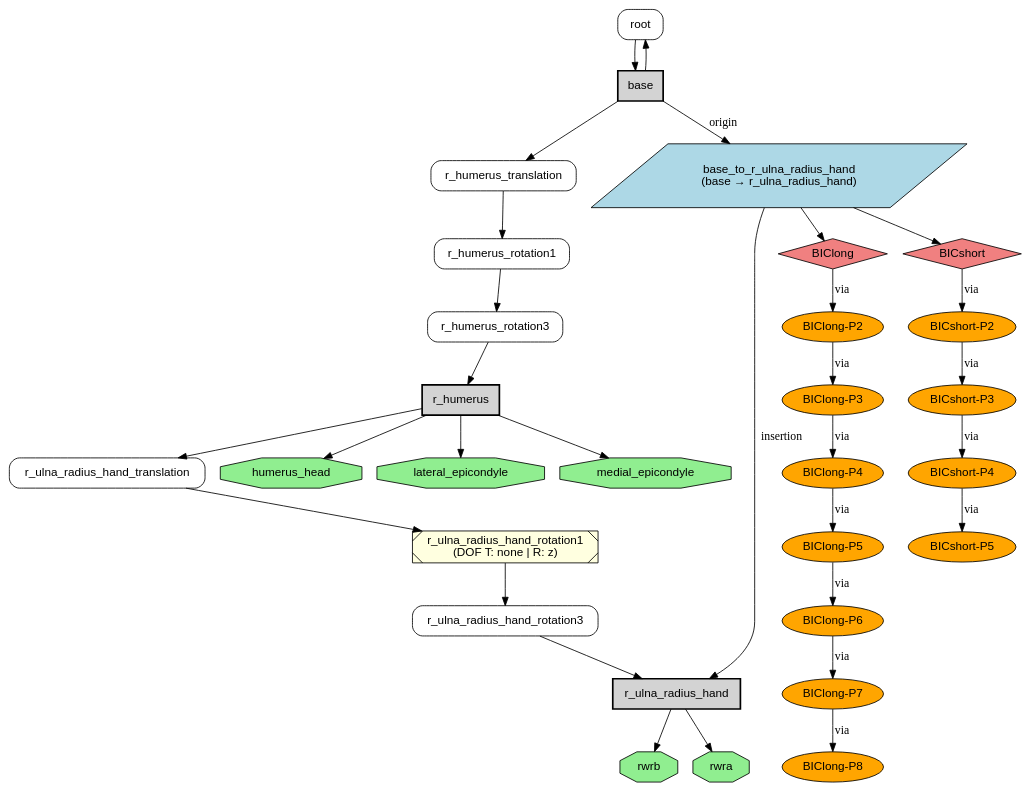
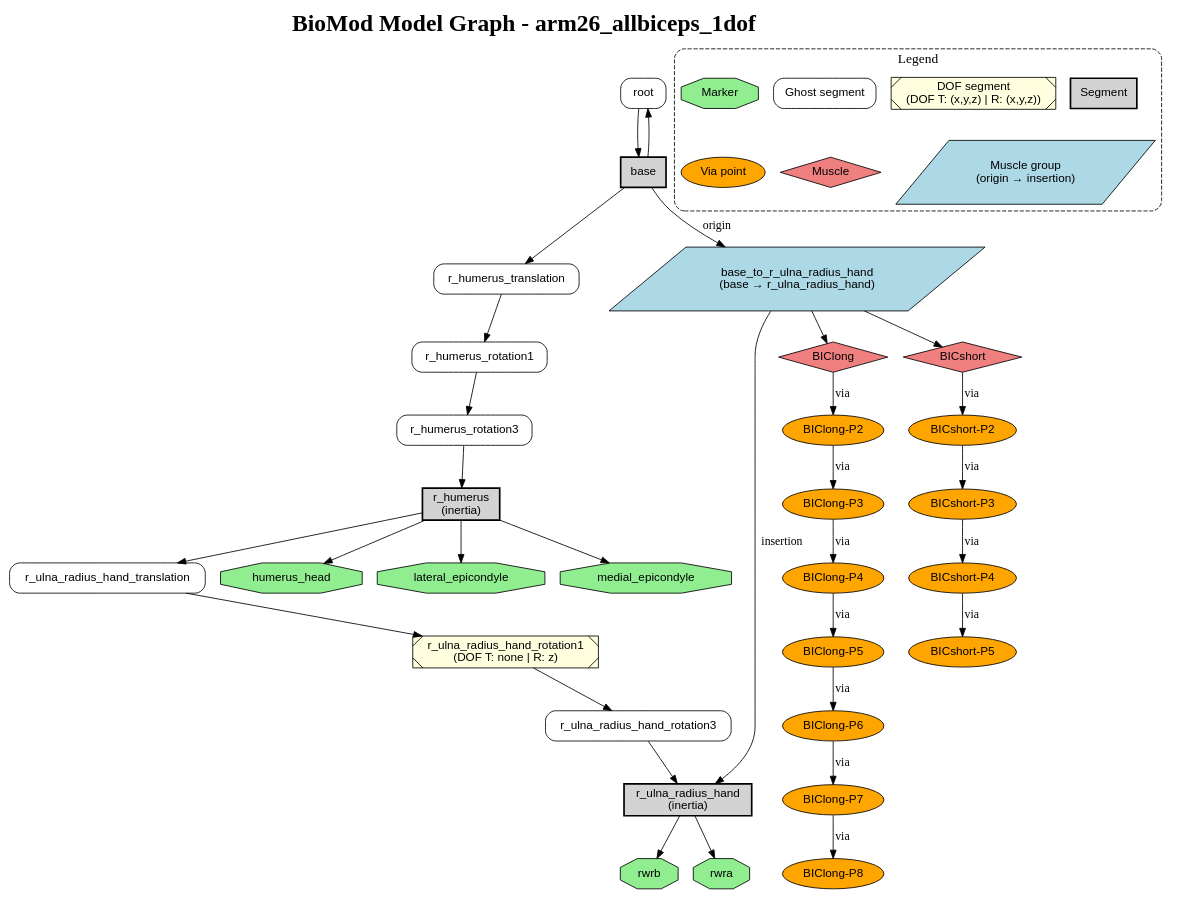
The diagram in examples/data/arm26_allbiceps_1dof_reference.dot (pyomeca/biobuddy), drawn with Graphviz before and after one commit. The commit also changed 5 other files, not shown here.

```diff
--- a/examples/data/arm26_allbiceps_1dof_reference.dot
+++ b/examples/data/arm26_allbiceps_1dof_reference.dot
@@ -1,78 +1,97 @@
 digraph biomech {
   rankdir=TB;
   node [fontname="Helvetica"];
 
+  labelloc="t";
+  label=<<B><FONT POINT-SIZE="28">BioMod Model Graph - arm26_allbiceps_1dof</FONT></B>>;
+
   // Segments
   "root" [shape=box, style=rounded];
-  "base" [shape=box, style="filled,bold", fillcolor=lightgray];
+  "base" [shape=box, style="filled,bold", fillcolor=lightgray, label="base"];
   "r_humerus_translation" [shape=box, style=rounded];
   "r_humerus_rotation1" [shape=box, style=rounded];
   "r_humerus_rotation3" [shape=box, style=rounded];
-  "r_humerus" [shape=box, style="filled,bold", fillcolor=lightgray];
+  "r_humerus" [shape=box, style="filled,bold", fillcolor=lightgray, label="r_humerus\n(inertia)"];
   "r_ulna_radius_hand_translation" [shape=box, style=rounded];
   "r_ulna_radius_hand_rotation1" [shape=box, style="filled,diagonals", fillcolor=lightyellow, label="r_ulna_radius_hand_rotation1\n(DOF T: none | R: z)"];
   "r_ulna_radius_hand_rotation3" [shape=box, style=rounded];
-  "r_ulna_radius_hand" [shape=box, style="filled,bold", fillcolor=lightgray];
+  "r_ulna_radius_hand" [shape=box, style="filled,bold", fillcolor=lightgray, label="r_ulna_radius_hand\n(inertia)"];
 
   // Segment hierarchy
   "root" -> "base";
   "base" -> "root";
   "base" -> "r_humerus_translation";
   "r_humerus_translation" -> "r_humerus_rotation1";
   "r_humerus_rotation1" -> "r_humerus_rotation3";
   "r_humerus_rotation3" -> "r_humerus";
   "r_humerus" -> "r_ulna_radius_hand_translation";
   "r_ulna_radius_hand_translation" -> "r_ulna_radius_hand_rotation1";
   "r_ulna_radius_hand_rotation1" -> "r_ulna_radius_hand_rotation3";
   "r_ulna_radius_hand_rotation3" -> "r_ulna_radius_hand";
 
   // Markers
   "humerus_head" [shape=octagon, style=filled, fillcolor=lightgreen];
   "lateral_epicondyle" [shape=octagon, style=filled, fillcolor=lightgreen];
   "medial_epicondyle" [shape=octagon, style=filled, fillcolor=lightgreen];
   "rwrb" [shape=octagon, style=filled, fillcolor=lightgreen];
   "rwra" [shape=octagon, style=filled, fillcolor=lightgreen];
   "r_humerus" -> "humerus_head";
   "r_humerus" -> "lateral_epicondyle";
   "r_humerus" -> "medial_epicondyle";
   "r_ulna_radius_hand" -> "rwrb";
   "r_ulna_radius_hand" -> "rwra";
 
   // Muscle groups
   "base_to_r_ulna_radius_hand" [shape=parallelogram, style=filled, fillcolor=lightblue, label="base_to_r_ulna_radius_hand\n(base → r_ulna_radius_hand)"];
   "base" -> "base_to_r_ulna_radius_hand" [label="origin"];
   "base_to_r_ulna_radius_hand" -> "r_ulna_radius_hand" [label="insertion"];
 
   // Muscles
   "BIClong" [shape=diamond, style=filled, fillcolor=lightcoral];
   "base_to_r_ulna_radius_hand" -> "BIClong";
   "BICshort" [shape=diamond, style=filled, fillcolor=lightcoral];
   "base_to_r_ulna_radius_hand" -> "BICshort";
 
   // Via points
   "BIClong-P2" [shape=ellipse, style=filled, fillcolor=orange];
   "BIClong-P3" [shape=ellipse, style=filled, fillcolor=orange];
   "BIClong-P4" [shape=ellipse, style=filled, fillcolor=orange];
   "BIClong-P5" [shape=ellipse, style=filled, fillcolor=orange];
   "BIClong-P6" [shape=ellipse, style=filled, fillcolor=orange];
   "BIClong-P7" [shape=ellipse, style=filled, fillcolor=orange];
   "BIClong-P8" [shape=ellipse, style=filled, fillcolor=orange];
   "BICshort-P2" [shape=ellipse, style=filled, fillcolor=orange];
   "BICshort-P3" [shape=ellipse, style=filled, fillcolor=orange];
   "BICshort-P4" [shape=ellipse, style=filled, fillcolor=orange];
   "BICshort-P5" [shape=ellipse, style=filled, fillcolor=orange];
 
   // Muscle paths
   "BIClong" -> "BIClong-P2" [label="via"];
   "BIClong-P2" -> "BIClong-P3" [label="via"];
   "BIClong-P3" -> "BIClong-P4" [label="via"];
   "BIClong-P4" -> "BIClong-P5" [label="via"];
   "BIClong-P5" -> "BIClong-P6" [label="via"];
   "BIClong-P6" -> "BIClong-P7" [label="via"];
   "BIClong-P7" -> "BIClong-P8" [label="via"];
   "BICshort" -> "BICshort-P2" [label="via"];
   "BICshort-P2" -> "BICshort-P3" [label="via"];
   "BICshort-P3" -> "BICshort-P4" [label="via"];
   "BICshort-P4" -> "BICshort-P5" [label="via"];
 
+  // Legend
+  subgraph cluster_legend {
+    label="Legend";
+    fontsize=16;
+    style="rounded,dashed";
+    key_segment [label="Segment", shape=box, style="filled,bold", fillcolor=lightgray]
+    key_segment_dof   [label="DOF segment \n(DOF T: (x,y,z) | R: (x,y,z))", shape=box, style="filled,diagonals", fillcolor=lightyellow];
+    key_segment_ghost [label="Ghost segment", shape=box, style=rounded]
+    key_marker    [label="Marker", shape=octagon, style=filled, fillcolor=lightgreen];
+    key_muscle_groups   [label="Muscle group\n(origin → insertion)", shape=parallelogram, style=filled, fillcolor=lightblue];
+    key_muscles   [label="Muscle", shape=diamond, style=filled, fillcolor=lightcoral];
+    key_via_point   [label="Via point", shape=ellipse, style=filled, fillcolor=orange]; 
+    { rank=same; key_segment key_segment_dof key_segment_ghost key_marker }
+    { rank=same; key_muscle_groups key_muscles key_via_point }
+    key_segment -> key_muscle_groups [style=invis];
+  }
 }
```
